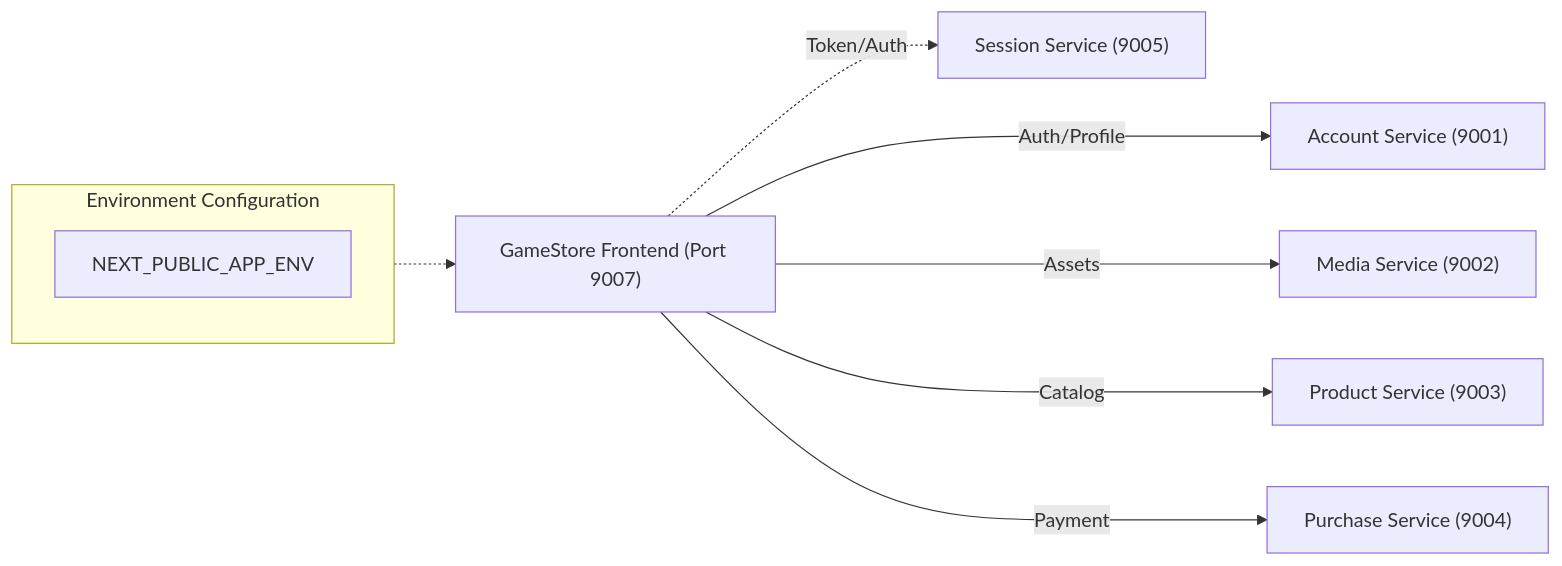
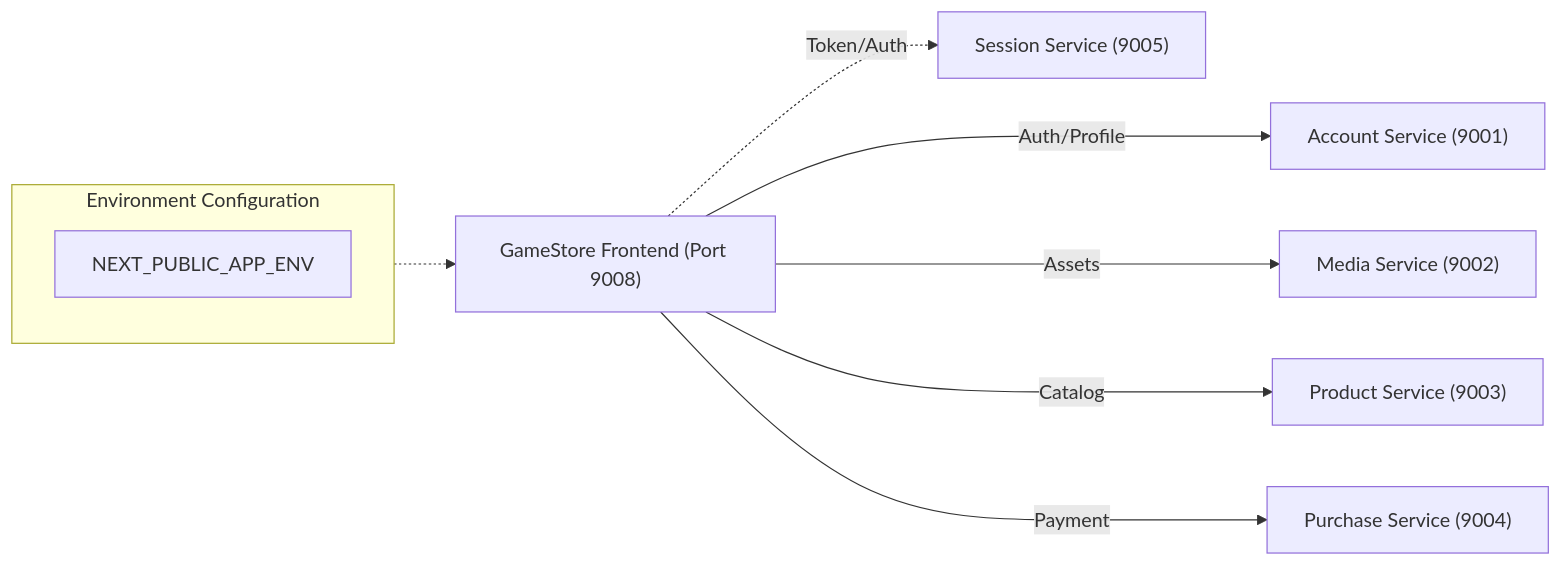
One commit to prothegee/gamestore-fe-store changed the second of 2 diagrams in docs/HLD.md. Above: the diagram before and after it, drawn with Mermaid. The commit also changed other lines of this file and 9 other files, not shown here.

Commit message:
docs: update all documentation to reflect server-first hybrid architecture

````diff
--- a/docs/HLD.md
+++ b/docs/HLD.md
@@ -29,15 +29,15 @@
 ```mermaid
 graph LR
-    Frontend["GameStore Frontend (Port 9007)"]
+    Frontend["GameStore Frontend (Port 9008)"]
     
     Frontend ---> |"Auth/Profile"| AccountSvc["Account Service (9001)"]
     Frontend ---> |"Assets"| MediaSvc["Media Service (9002)"]
     Frontend ---> |"Catalog"| ProductSvc["Product Service (9003)"]
     Frontend ---> |"Payment"| PurchaseSvc["Purchase Service (9004)"]
     Frontend -.-> |"Token/Auth"| SessionSvc["Session Service (9005)"]
     
     subgraph Env [Environment Configuration]
         NEXT_PUBLIC_APP_ENV
     end
     Env -.-> Frontend
 ```
````
